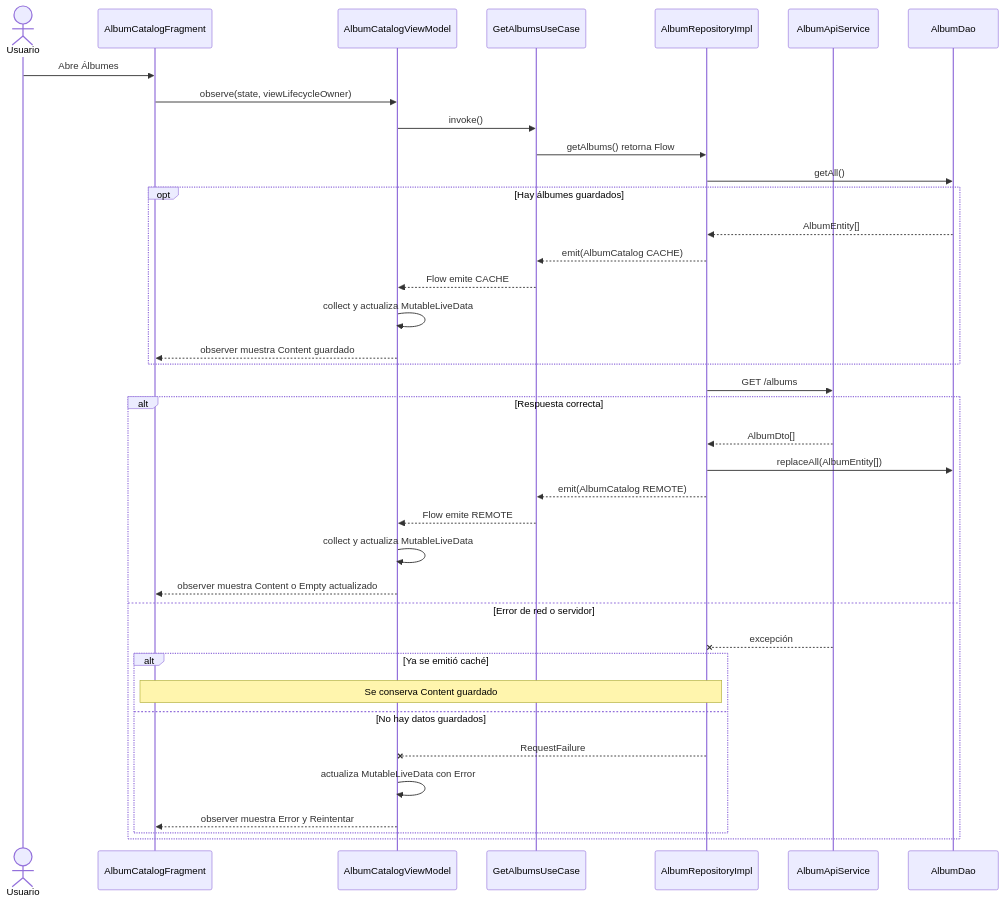
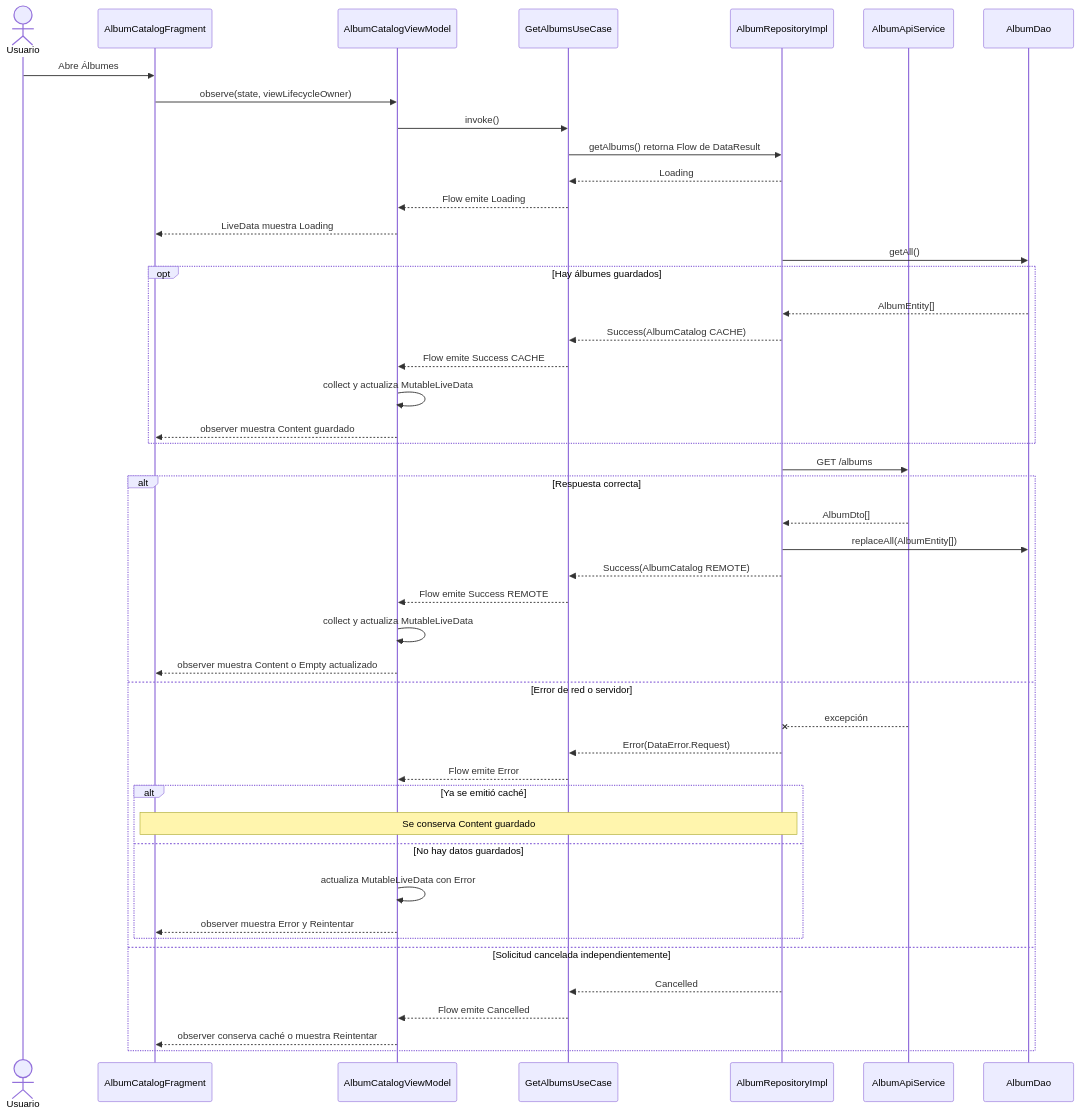
The fifth of 5 diagrams in docs/ARQUITECTURA_SPRINT1.md (jhonospina2711/MISW4201-202615-Vinilos-Mobile-Grupo13), drawn with Mermaid before and after one commit. The commit also changed other lines of this file and 40 other files, not shown here.

Commit message:
feat: model repository flow outcomes with sealed results

````diff
--- a/docs/ARQUITECTURA_SPRINT1.md
+++ b/docs/ARQUITECTURA_SPRINT1.md
@@ -155,40 +165,48 @@
 ```mermaid
 sequenceDiagram
   actor Usuario
   participant Vista as AlbumCatalogFragment
   participant VM as AlbumCatalogViewModel
   participant UC as GetAlbumsUseCase
   participant Repo as AlbumRepositoryImpl
   participant API as AlbumApiService
   participant Room as AlbumDao
   Usuario->>Vista: Abre Álbumes
   Vista->>VM: observe(state, viewLifecycleOwner)
   VM->>UC: invoke()
-  UC->>Repo: getAlbums() retorna Flow
+  UC->>Repo: getAlbums() retorna Flow de DataResult
+  Repo-->>UC: Loading
+  UC-->>VM: Flow emite Loading
+  VM-->>Vista: LiveData muestra Loading
   Repo->>Room: getAll()
   opt Hay álbumes guardados
     Room-->>Repo: AlbumEntity[]
-    Repo-->>UC: emit(AlbumCatalog CACHE)
-    UC-->>VM: Flow emite CACHE
+    Repo-->>UC: Success(AlbumCatalog CACHE)
+    UC-->>VM: Flow emite Success CACHE
     VM->>VM: collect y actualiza MutableLiveData
     VM-->>Vista: observer muestra Content guardado
   end
   Repo->>API: GET /albums
   alt Respuesta correcta
     API-->>Repo: AlbumDto[]
     Repo->>Room: replaceAll(AlbumEntity[])
-    Repo-->>UC: emit(AlbumCatalog REMOTE)
-    UC-->>VM: Flow emite REMOTE
+    Repo-->>UC: Success(AlbumCatalog REMOTE)
+    UC-->>VM: Flow emite Success REMOTE
     VM->>VM: collect y actualiza MutableLiveData
     VM-->>Vista: observer muestra Content o Empty actualizado
   else Error de red o servidor
     API--xRepo: excepción
+    Repo-->>UC: Error(DataError.Request)
+    UC-->>VM: Flow emite Error
     alt Ya se emitió caché
       Note over Repo,Vista: Se conserva Content guardado
     else No hay datos guardados
-      Repo--xVM: RequestFailure
       VM->>VM: actualiza MutableLiveData con Error
       VM-->>Vista: observer muestra Error y Reintentar
     end
+  else Solicitud cancelada independientemente
+    Repo-->>UC: Cancelled
+    UC-->>VM: Flow emite Cancelled
+    VM-->>Vista: observer conserva caché o muestra Reintentar
   end
 ```
````
